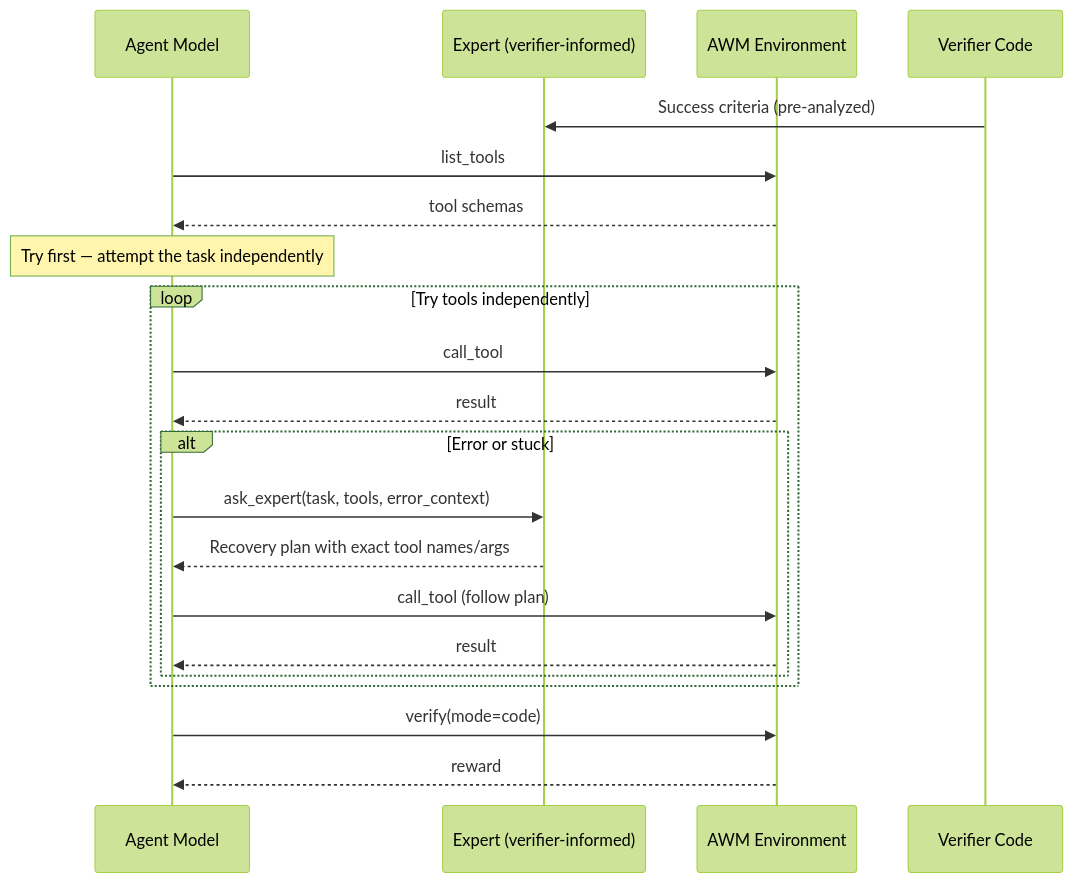
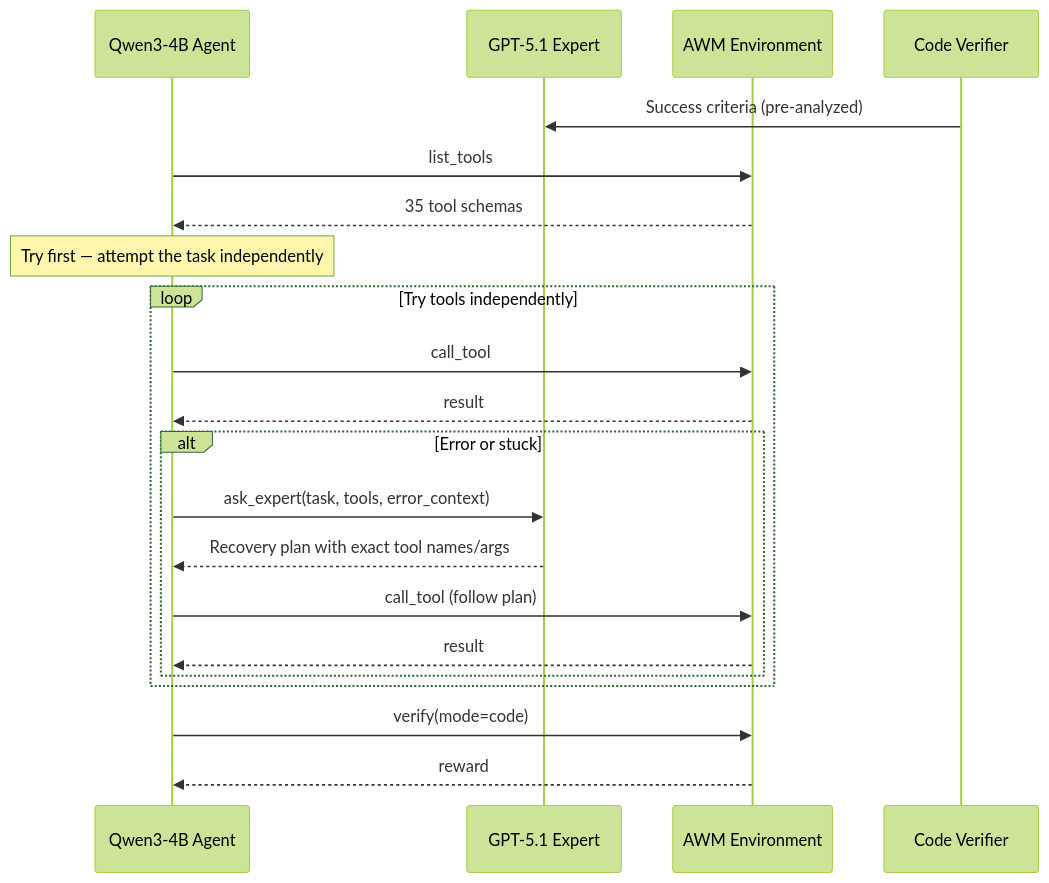
Before and after one commit to meta-pytorch/OpenEnv: the diagram in envs/agent_world_model_env/EXPERT_ENHANCEMENT.md, drawn with Mermaid (forest theme). The commit also changed other lines of this file and 9 other files, not shown here.

First line of the commit message:
Restructure README as presentation with environment/task details and 4 new diagrams

````diff
--- a/envs/agent_world_model_env/EXPERT_ENHANCEMENT.md
+++ b/envs/agent_world_model_env/EXPERT_ENHANCEMENT.md
@@ -56,24 +106,24 @@
 ```mermaid
 sequenceDiagram
-    participant Agent as Agent Model
-    participant Expert as Expert (verifier-informed)
+    participant Agent as Qwen3-4B Agent
+    participant Expert as GPT-5.1 Expert
     participant Env as AWM Environment
-    participant Verifier as Verifier Code
+    participant Verifier as Code Verifier
 
     Verifier->>Expert: Success criteria (pre-analyzed)
     Agent->>Env: list_tools
-    Env-->>Agent: tool schemas
+    Env-->>Agent: 35 tool schemas
     Note over Agent: Try first — attempt the task independently
     loop Try tools independently
         Agent->>Env: call_tool
         Env-->>Agent: result
         alt Error or stuck
             Agent->>Expert: ask_expert(task, tools, error_context)
             Expert-->>Agent: Recovery plan with exact tool names/args
             Agent->>Env: call_tool (follow plan)
             Env-->>Agent: result
         end
     end
     Agent->>Env: verify(mode=code)
     Env-->>Agent: reward
 ```
````
